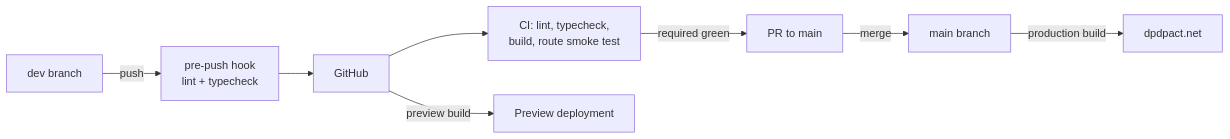
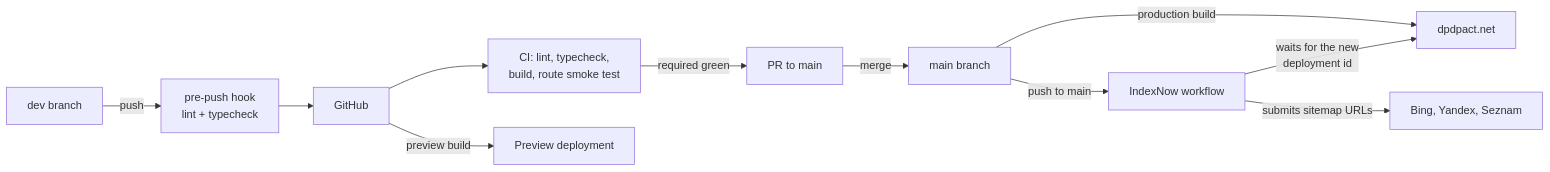
The sixth of 6 diagrams in ARCHITECTURE.md (ajitbubu/dpdpact.net), drawn with Mermaid before and after one commit. The commit also changed other lines of this file and 8 other files, not shown here.

````diff
--- a/ARCHITECTURE.md
+++ b/ARCHITECTURE.md
@@ -190,10 +198,13 @@
 ```mermaid
 flowchart LR
     D[dev branch] -->|push| H[pre-push hook<br/>lint + typecheck]
     H --> G[GitHub]
     G --> CI[CI: lint, typecheck,<br/>build, route smoke test]
     G -->|preview build| P[Preview deployment]
     CI -->|required green| PR[PR to main]
     PR -->|merge| M[main branch]
     M -->|production build| V[dpdpact.net]
+    M -->|push to main| IN[IndexNow workflow]
+    IN -->|waits for the new<br/>deployment id| V
+    IN -->|submits sitemap URLs| B[Bing, Yandex, Seznam]
 ```
````
